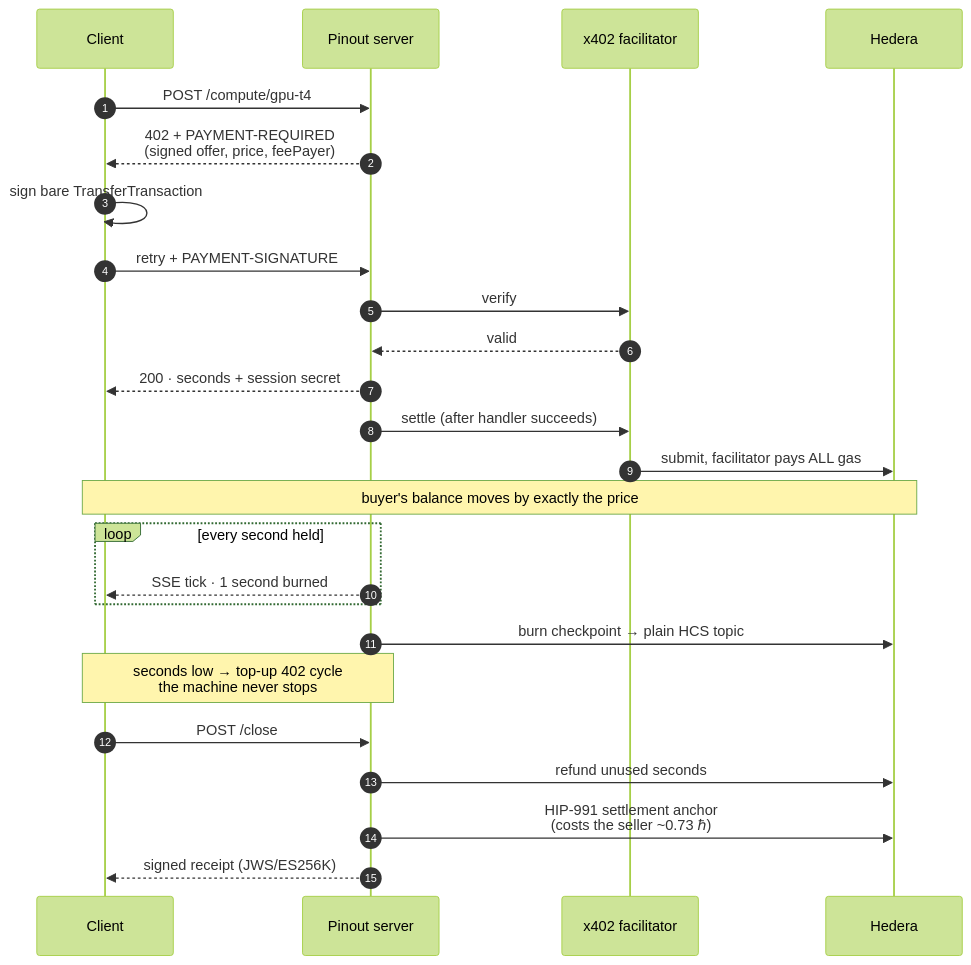
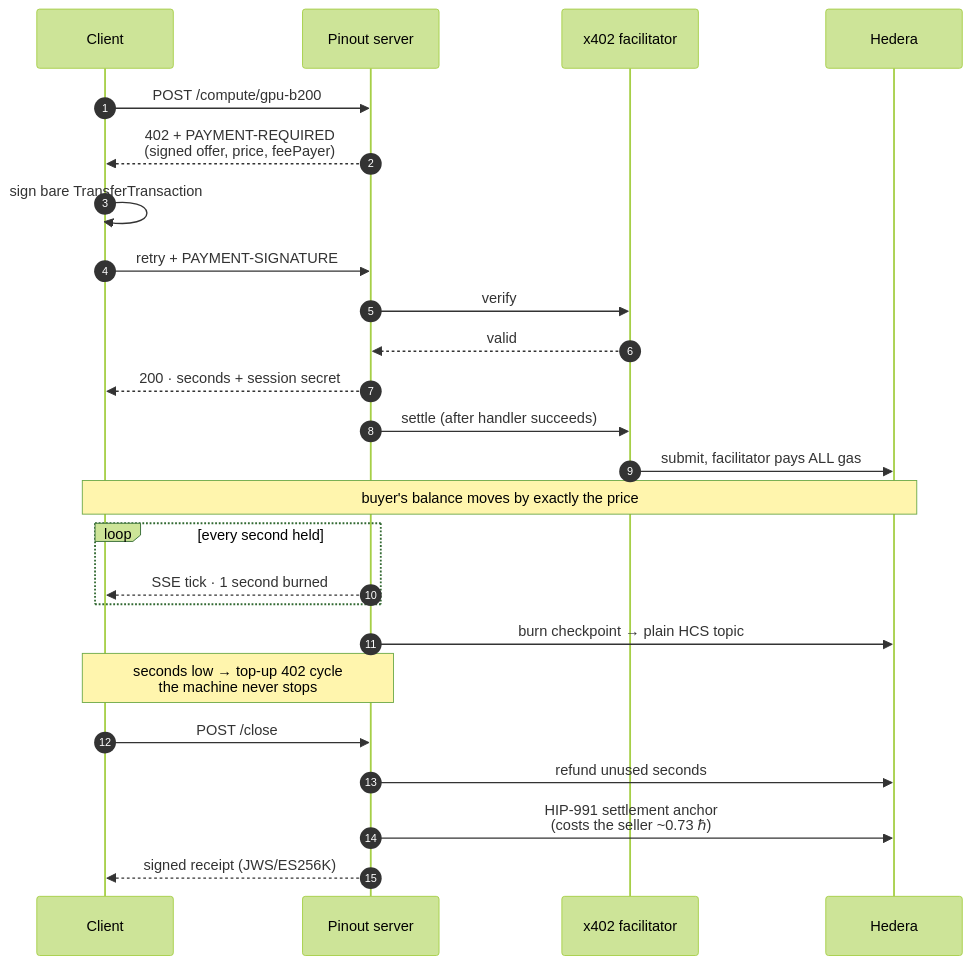
Before and after one commit to hitakshiA/pinout: the third of 5 diagrams in README.md, drawn with Mermaid (forest theme). The commit also changed other lines of this file and 16 other files, not shown here.

````diff
--- a/README.md
+++ b/README.md
@@ -154,30 +299,30 @@
 ```mermaid
 sequenceDiagram
     autonumber
     participant C as Client
     participant S as Pinout server
     participant F as x402 facilitator
     participant H as Hedera
 
-    C->>S: POST /compute/gpu-t4
+    C->>S: POST /compute/gpu-b200
     S-->>C: 402 + PAYMENT-REQUIRED<br/>(signed offer, price, feePayer)
     C->>C: sign bare TransferTransaction
     C->>S: retry + PAYMENT-SIGNATURE
     S->>F: verify
     F-->>S: valid
     S-->>C: 200 · seconds + session secret
     S->>F: settle (after handler succeeds)
     F->>H: submit, facilitator pays ALL gas
     Note over C,H: buyer's balance moves by exactly the price
 
     loop every second held
         S-->>C: SSE tick · 1 second burned
     end
     S->>H: burn checkpoint → plain HCS topic
     Note over C,S: seconds low → top-up 402 cycle<br/>the machine never stops
 
     C->>S: POST /close
     S->>H: refund unused seconds
     S->>H: HIP-991 settlement anchor<br/>(costs the seller ~0.73 ℏ)
     S-->>C: signed receipt (JWS/ES256K)
 ```
````
